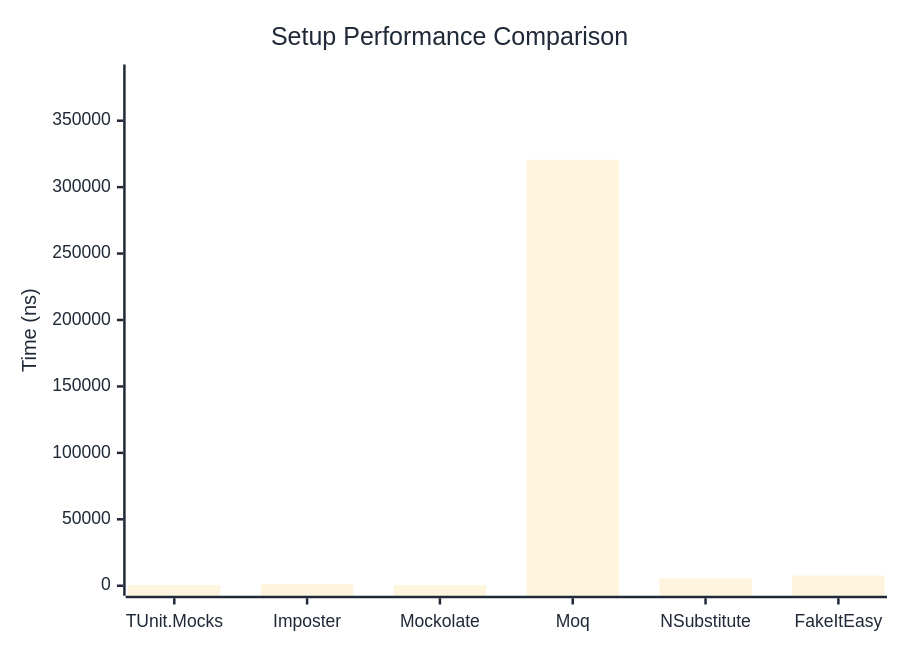
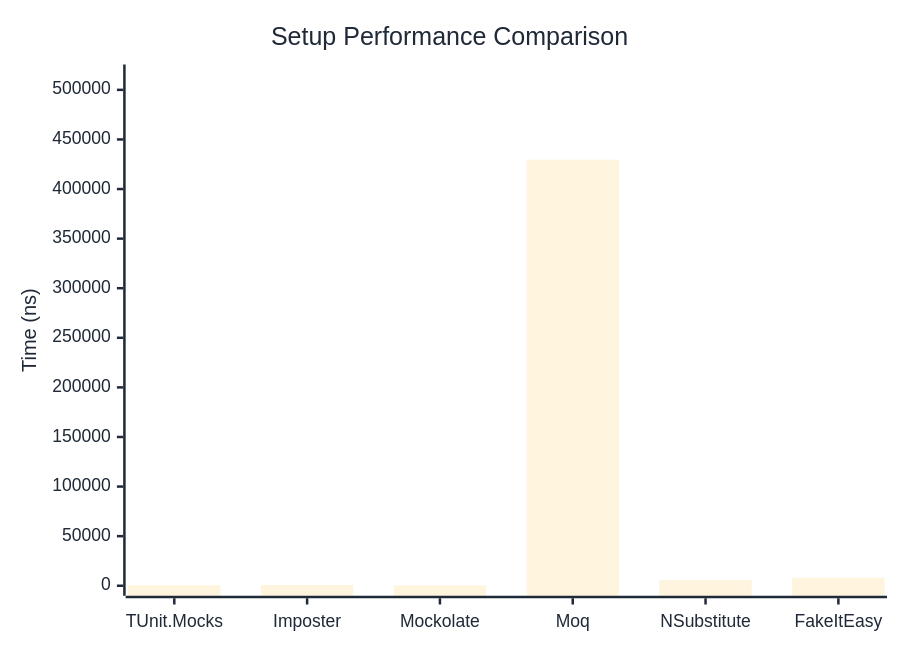
Before and after one commit to thomhurst/TUnit: the first of 2 diagrams in docs/docs/benchmarks/mocks/Setup.md, drawn with Mermaid. The commit also changed other lines of this file and 14 other files, not shown here.

````diff
--- a/docs/docs/benchmarks/mocks/Setup.md
+++ b/docs/docs/benchmarks/mocks/Setup.md
@@ -30,27 +30,27 @@
 ```mermaid
 %%{init: {
   'theme':'base',
   'themeVariables': {
     'primaryColor': '#2563eb',
     'primaryTextColor': '#1f2937',
     'primaryBorderColor': '#1e40af',
     'lineColor': '#6b7280',
     'secondaryColor': '#7c3aed',
     'tertiaryColor': '#dc2626',
     'background': '#ffffff',
     'pie1': '#2563eb',
     'pie2': '#7c3aed',
     'pie3': '#dc2626',
     'pie4': '#f59e0b',
     'pie5': '#10b981',
     'pie6': '#06b6d4',
     'pie7': '#ec4899',
     'pie8': '#6366f1'
   }
 }}%%
 xychart-beta
   title "Setup Performance Comparison"
   x-axis ["TUnit.Mocks", "Imposter", "Mockolate", "Moq", "NSubstitute", "FakeItEasy"]
-  y-axis "Time (ns)" 0 --> 384769
-  bar [659, 1040, 370.7, 320640.3, 5563.2, 7671.2]
+  y-axis "Time (ns)" 0 --> 515487
+  bar [514.9, 797.9, 313.6, 429572.3, 5535.1, 8102.7]
 ```
````
